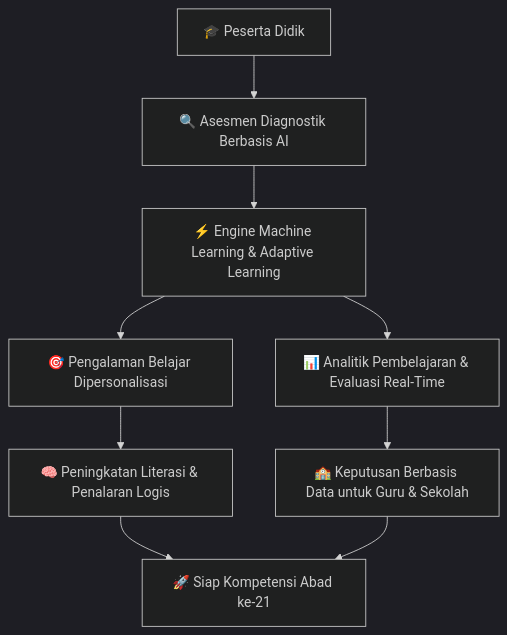
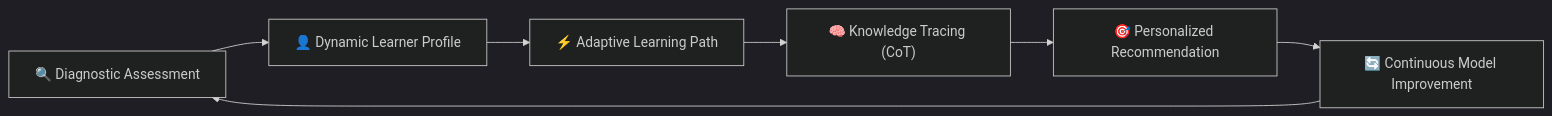
Before and after one commit to litera-intelligence/litera-intelligence: the second of 3 diagrams in README.md, drawn with Mermaid (dark theme). The commit also changed other lines of this file, not shown here.

````diff
--- a/README.md
+++ b/README.md
@@ -34,11 +130,9 @@
 ```mermaid
-graph TD
-    A["🎓 Peserta Didik"] --> B["🔍 Asesmen Diagnostik Berbasis AI"]
-    B --> C["⚡ Engine Machine Learning & Adaptive Learning"]
-    C --> D["🎯 Pengalaman Belajar Dipersonalisasi"]
-    C --> E["📊 Analitik Pembelajaran & Evaluasi Real-Time"]
-    D --> F["🧠 Peningkatan Literasi & Penalaran Logis"]
-    E --> G["🏫 Keputusan Berbasis Data untuk Guru & Sekolah"]
-    F --> H["🚀 Siap Kompetensi Abad ke-21"]
-    G --> H
+flowchart LR
+    A["🔍 Diagnostic Assessment"] --> B["👤 Dynamic Learner Profile"]
+    B --> C["⚡ Adaptive Learning Path"]
+    C --> D["🧠 Knowledge Tracing (CoT)"]
+    D --> E["🎯 Personalized Recommendation"]
+    E --> F["🔄 Continuous Model Improvement"]
+    F --> A
 ```
````
